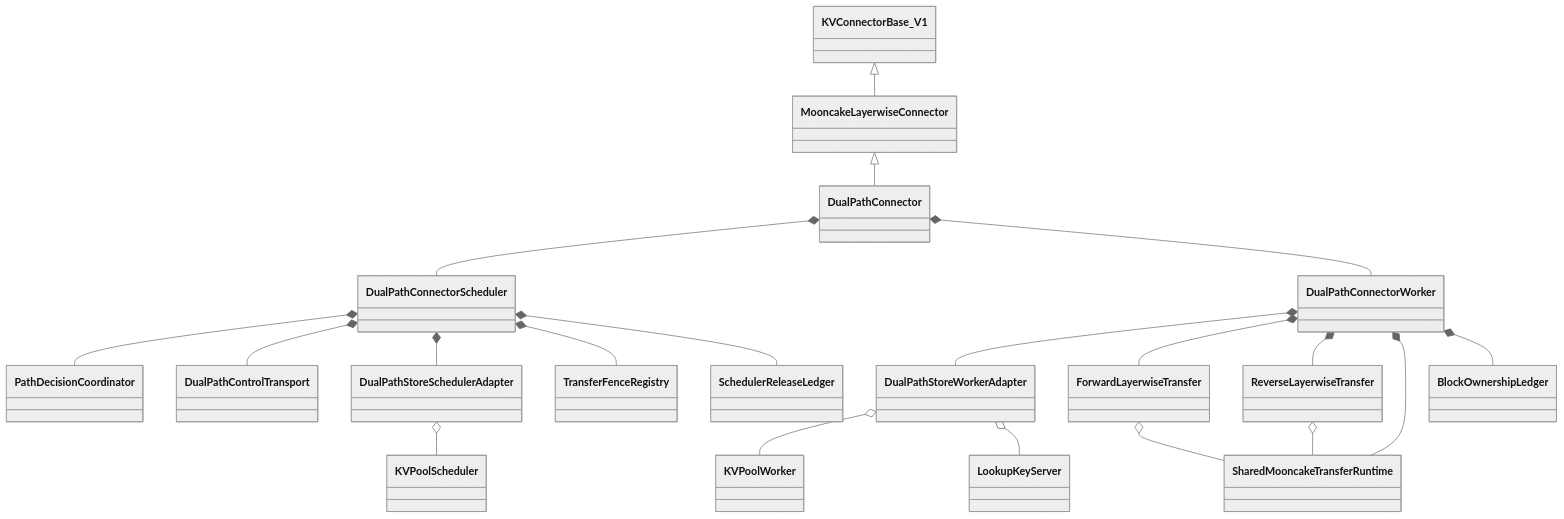
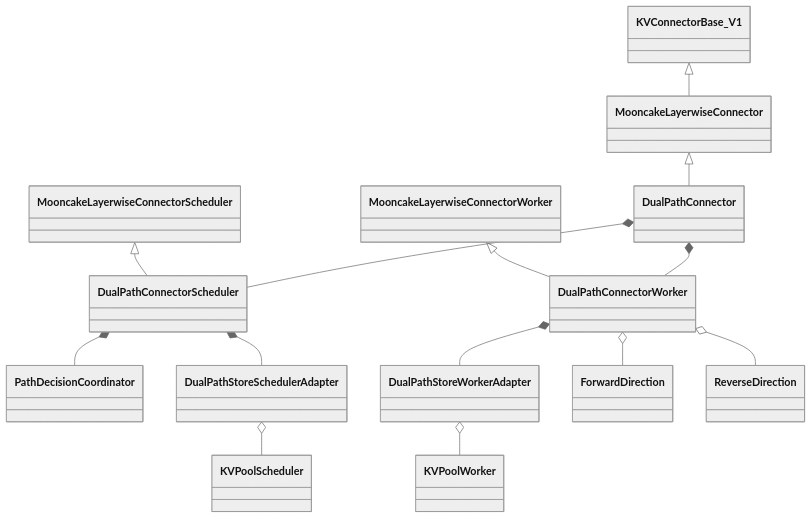
Before and after one commit to mazifan0120/vllm-ascend: the first of 4 diagrams in docs/superpowers/specs/2026-07-23-dual-path-connector-stage1-option-a-detailed-design.md, drawn with Mermaid (neutral theme). The commit also changed other lines of this file and 27 other files, not shown here.

First line of the commit message:
docs: refresh DualPath Option A design and add independent review

````diff
--- a/docs/superpowers/specs/2026-07-23-dual-path-connector-stage1-option-a-detailed-design.md
+++ b/docs/superpowers/specs/2026-07-23-dual-path-connector-stage1-option-a-detailed-design.md
@@ -796,41 +554,31 @@
 ```mermaid
 classDiagram
     class KVConnectorBase_V1
     class MooncakeLayerwiseConnector
+    class MooncakeLayerwiseConnectorScheduler
+    class MooncakeLayerwiseConnectorWorker
     class DualPathConnector
     class DualPathConnectorScheduler
     class DualPathConnectorWorker
+    class PathDecisionCoordinator
     class DualPathStoreSchedulerAdapter
     class DualPathStoreWorkerAdapter
-    class SharedMooncakeTransferRuntime
-    class ForwardLayerwiseTransfer
-    class ReverseLayerwiseTransfer
-    class PathDecisionCoordinator
-    class DualPathControlTransport
-    class TransferFenceRegistry
-    class SchedulerReleaseLedger
-    class BlockOwnershipLedger
+    class ForwardDirection
+    class ReverseDirection
     class KVPoolScheduler
     class KVPoolWorker
-    class LookupKeyServer
 
     KVConnectorBase_V1 <|-- MooncakeLayerwiseConnector
     MooncakeLayerwiseConnector <|-- DualPathConnector
+    MooncakeLayerwiseConnectorScheduler <|-- DualPathConnectorScheduler
+    MooncakeLayerwiseConnectorWorker <|-- DualPathConnectorWorker
     DualPathConnector *-- DualPathConnectorScheduler
     DualPathConnector *-- DualPathConnectorWorker
     DualPathConnectorScheduler *-- PathDecisionCoordinator
-    DualPathConnectorScheduler *-- DualPathControlTransport
     DualPathConnectorScheduler *-- DualPathStoreSchedulerAdapter
-    DualPathConnectorScheduler *-- TransferFenceRegistry
-    DualPathConnectorScheduler *-- SchedulerReleaseLedger
     DualPathConnectorWorker *-- DualPathStoreWorkerAdapter
-    DualPathConnectorWorker *-- ForwardLayerwiseTransfer
-    DualPathConnectorWorker *-- ReverseLayerwiseTransfer
-    DualPathConnectorWorker *-- SharedMooncakeTransferRuntime
-    ForwardLayerwiseTransfer o-- SharedMooncakeTransferRuntime
-    ReverseLayerwiseTransfer o-- SharedMooncakeTransferRuntime
-    DualPathConnectorWorker *-- BlockOwnershipLedger
+    DualPathConnectorWorker o-- ForwardDirection
+    DualPathConnectorWorker o-- ReverseDirection
     DualPathStoreSchedulerAdapter o-- KVPoolScheduler
     DualPathStoreWorkerAdapter o-- KVPoolWorker
-    DualPathStoreWorkerAdapter o-- LookupKeyServer
 ```
````
